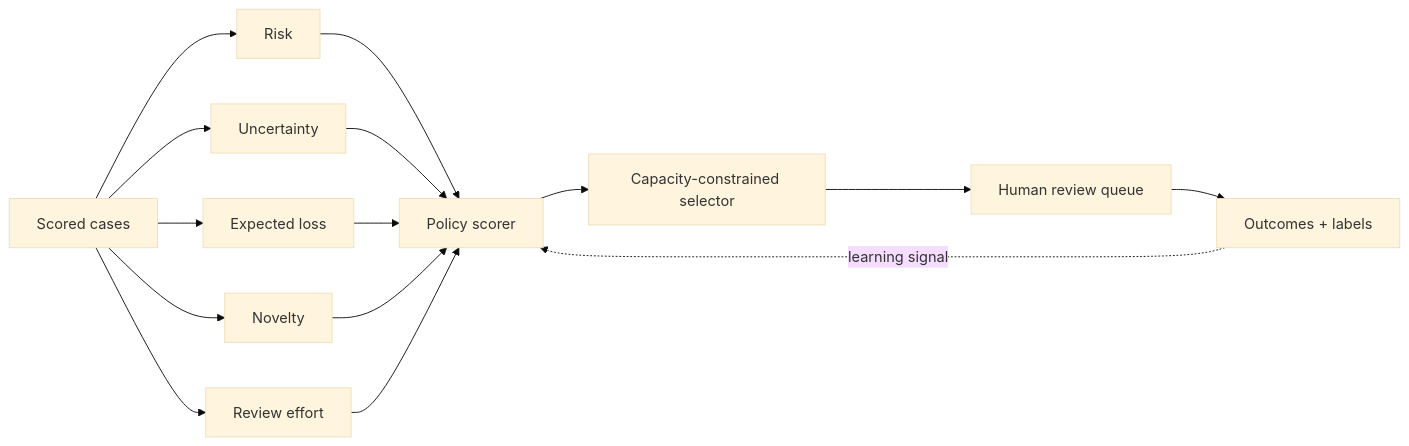
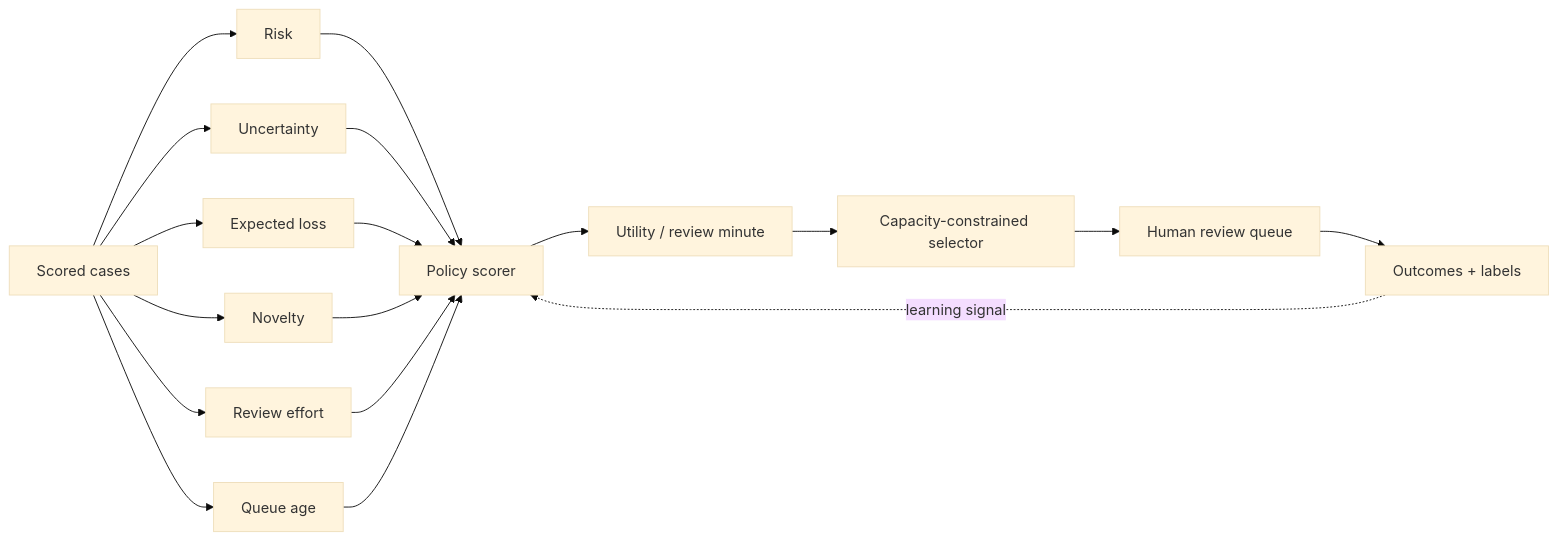
The diagram in README.md (VinayK88/ReviewerIQ), drawn with Mermaid (base theme) before and after one commit. The commit also changed other lines of this file, not shown here.

Commit message:
Strengthen README presentation and review-optimization narrative

````diff
--- a/README.md
+++ b/README.md
@@ -28,17 +91,20 @@
 ```mermaid
 flowchart LR
     A[Scored cases] --> B[Risk]
     A --> C[Uncertainty]
     A --> D[Expected loss]
     A --> E[Novelty]
     A --> F[Review effort]
-    B --> G[Policy scorer]
-    C --> G
-    D --> G
-    E --> G
-    F --> G
-    G --> H[Capacity-constrained selector]
-    H --> I[Human review queue]
-    I --> J[Outcomes + labels]
-    J -. learning signal .-> G
+    A --> G[Queue age]
+    B --> H[Policy scorer]
+    C --> H
+    D --> H
+    E --> H
+    F --> H
+    G --> H
+    H --> I[Utility / review minute]
+    I --> J[Capacity-constrained selector]
+    J --> K[Human review queue]
+    K --> L[Outcomes + labels]
+    L -. learning signal .-> H
 ```
````
